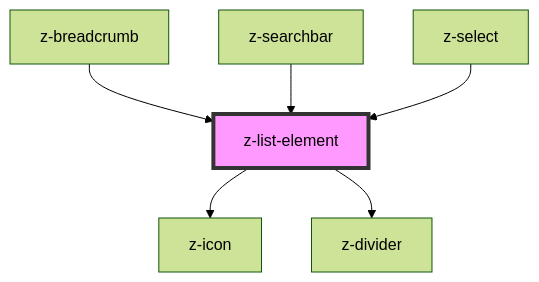
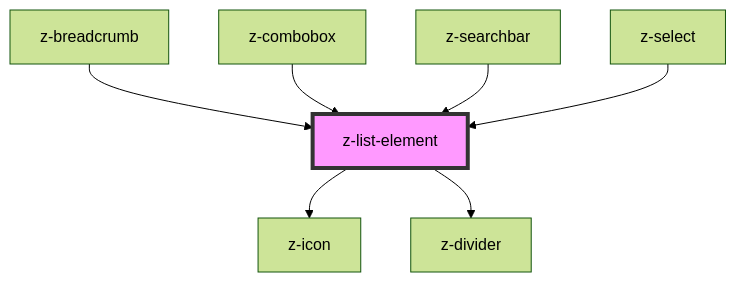
The diagram in src/components/list/z-list-element/readme.md (ZanichelliEditore/design-system), drawn with Mermaid (forest theme) before and after one commit. The commit also changed other lines of this file and 1 other file, not shown here.

Commit message:
chore: z-list-element - add resetTabIndex prop

````diff
--- a/src/components/list/z-list-element/readme.md
+++ b/src/components/list/z-list-element/readme.md
@@ -56,9 +58,10 @@
 ```mermaid
 graph TD;
   z-list-element --> z-icon
   z-list-element --> z-divider
   z-breadcrumb --> z-list-element
+  z-combobox --> z-list-element
   z-searchbar --> z-list-element
   z-select --> z-list-element
   style z-list-element fill:#f9f,stroke:#333,stroke-width:4px
 ```
````
